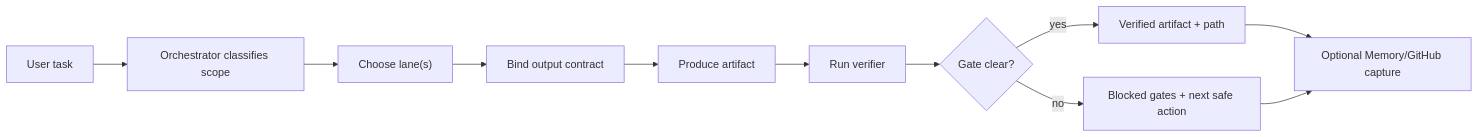
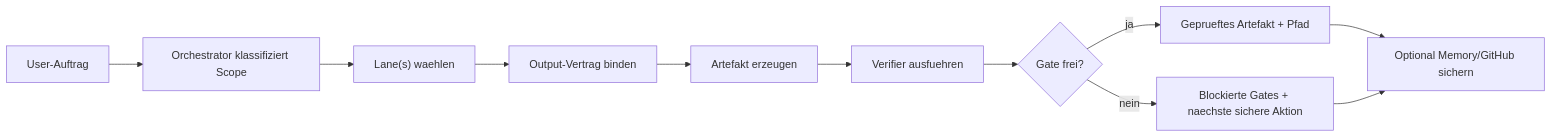
Before and after one commit to BCRAdmin/deterministic-research-core: the diagram in docs/agent_os/DELIVERABLE_SWARM_OPERATING_OVERVIEW.md, drawn with Mermaid. The commit also changed other lines of this file and 23 other files, not shown here.

````diff
--- a/docs/agent_os/DELIVERABLE_SWARM_OPERATING_OVERVIEW.md
+++ b/docs/agent_os/DELIVERABLE_SWARM_OPERATING_OVERVIEW.md
@@ -71,13 +71,13 @@
 ```mermaid
 flowchart LR
-    A["User task"] --> B["Orchestrator classifies scope"]
-    B --> C["Choose lane(s)"]
-    C --> D["Bind output contract"]
-    D --> E["Produce artifact"]
-    E --> F["Run verifier"]
-    F --> G{"Gate clear?"}
-    G -->|yes| H["Verified artifact + path"]
-    G -->|no| I["Blocked gates + next safe action"]
-    H --> J["Optional Memory/GitHub capture"]
+    A["User-Auftrag"] --> B["Orchestrator klassifiziert Scope"]
+    B --> C["Lane(s) waehlen"]
+    C --> D["Output-Vertrag binden"]
+    D --> E["Artefakt erzeugen"]
+    E --> F["Verifier ausfuehren"]
+    F --> G{"Gate frei?"}
+    G -->|ja| H["Geprueftes Artefakt + Pfad"]
+    G -->|nein| I["Blockierte Gates + naechste sichere Aktion"]
+    H --> J["Optional Memory/GitHub sichern"]
     I --> J
 ```
````
